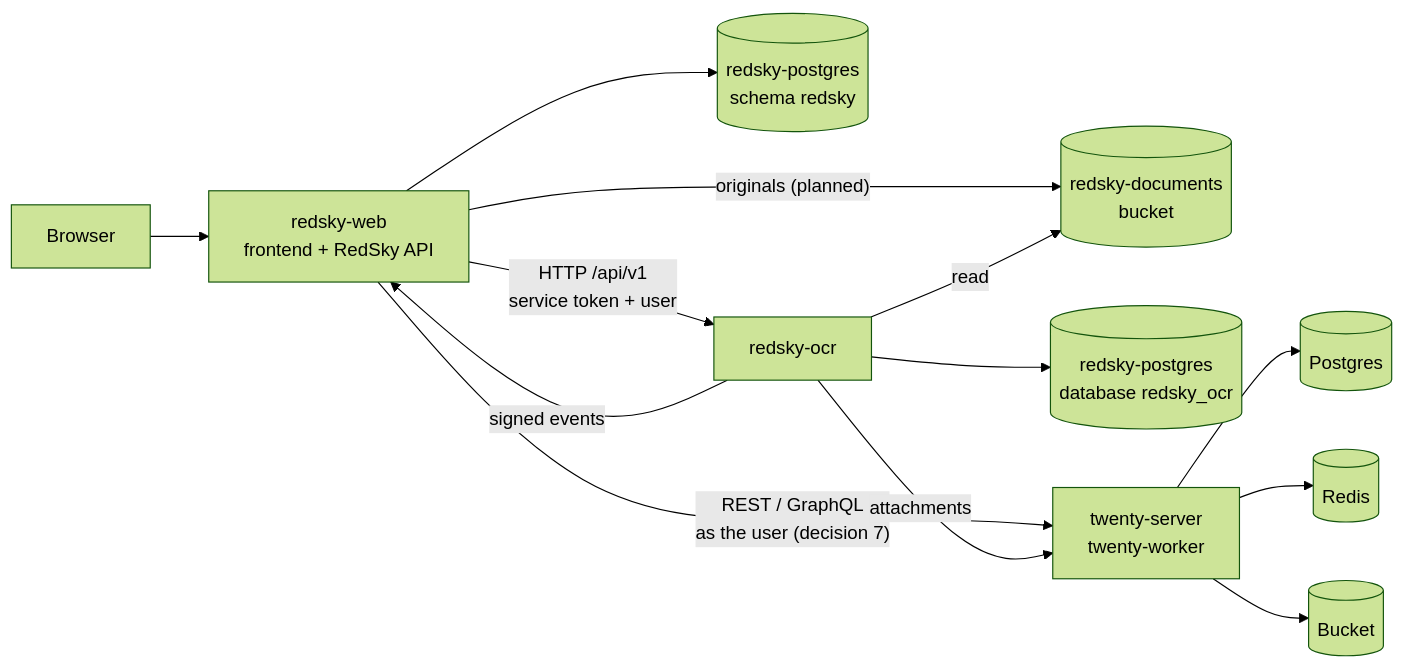
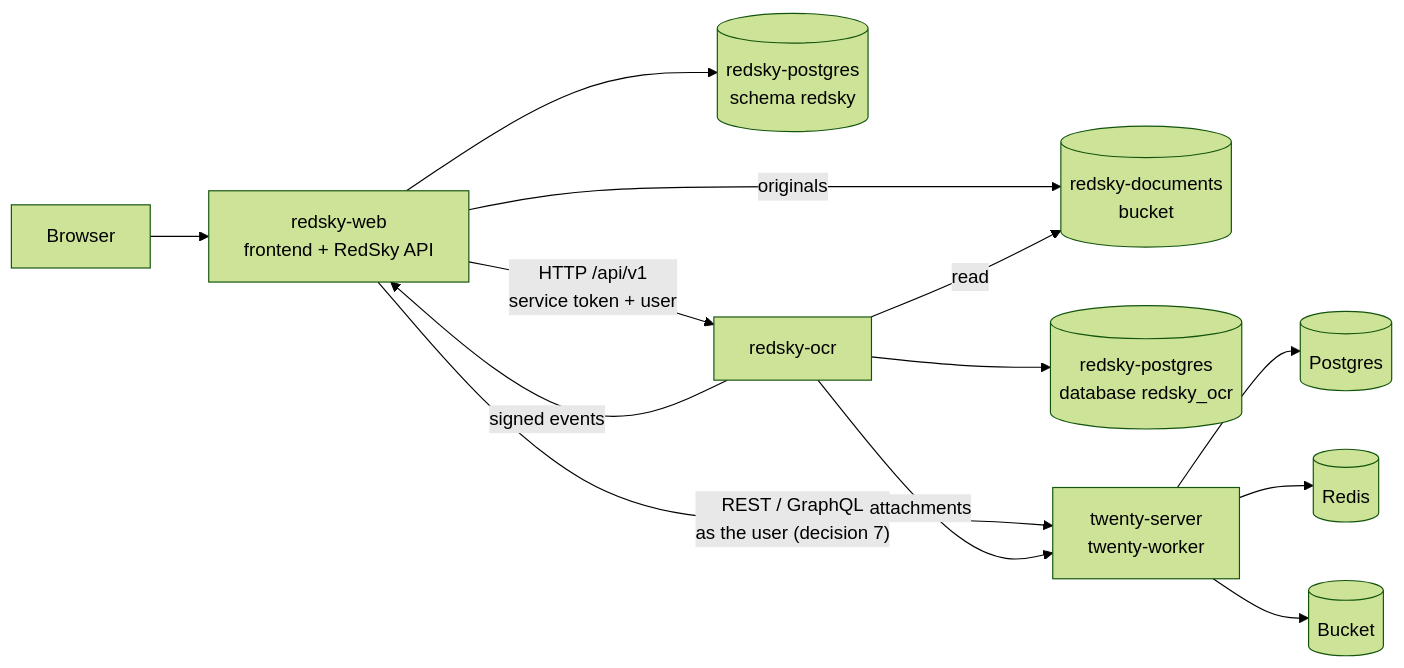
One commit to cody-rsm/redsky-core changed the diagram in docs/ARCHITECTURE.md. Above: the diagram before and after it, drawn with Mermaid (forest theme). The commit also changed other lines of this file and 50 other files, not shown here.

````diff
--- a/docs/ARCHITECTURE.md
+++ b/docs/ARCHITECTURE.md
@@ -36,15 +36,15 @@
 ```mermaid
 flowchart LR
   B["Browser"] --> WEB["redsky-web<br/>frontend + RedSky API"]
   WEB --> RPG[("redsky-postgres<br/>schema redsky")]
-  WEB -->|"originals (planned)"| DOCS[("redsky-documents<br/>bucket")]
+  WEB -->|"originals"| DOCS[("redsky-documents<br/>bucket")]
   WEB -->|"HTTP /api/v1<br/>service token + user"| OCR["redsky-ocr"]
   OCR -->|"signed events"| WEB
   OCR --> OPG[("redsky-postgres<br/>database redsky_ocr")]
   OCR -->|"read"| DOCS
   WEB -->|"REST / GraphQL<br/>as the user (decision 7)"| TW["twenty-server<br/>twenty-worker"]
   OCR -->|"attachments"| TW
   TW --> TPG[("Postgres")]
   TW --> R[("Redis")]
   TW --> TB[("Bucket")]
 ```
````
